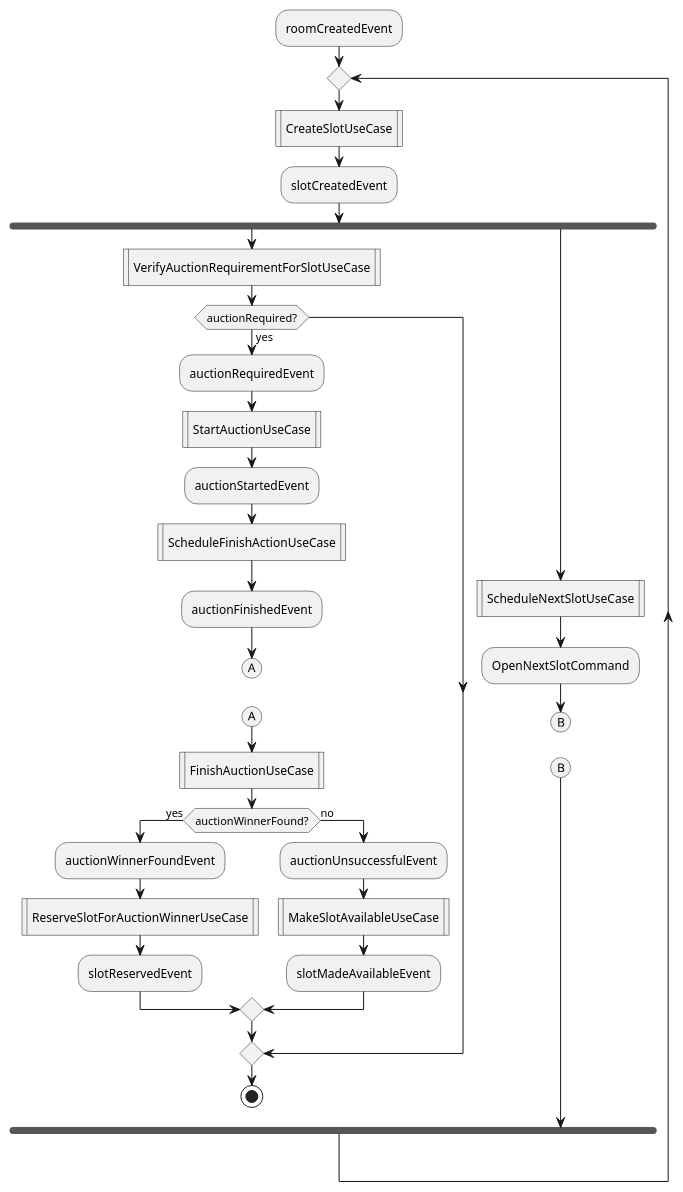
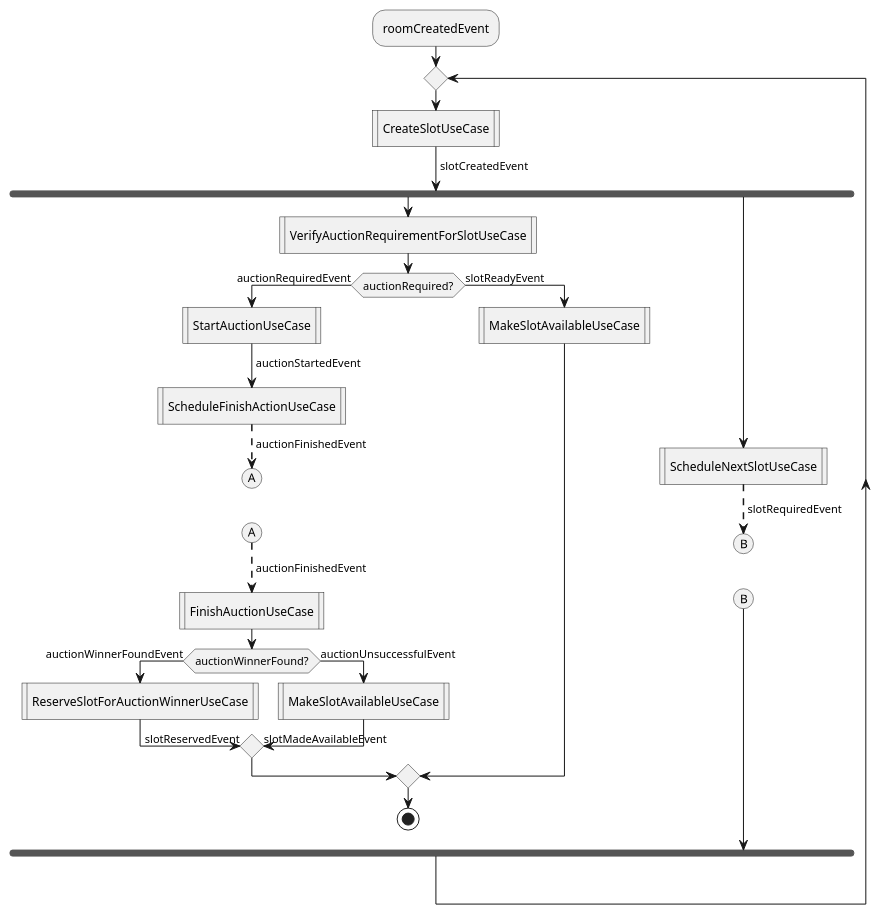
Before and after one commit to juanma-cvega/booking-engine: the diagram in docs/slot_creation_event_flow.puml, drawn with PlantUML. The commit also changed 34 other files, not shown here.

```diff
--- a/docs/slot_creation_event_flow.puml
+++ b/docs/slot_creation_event_flow.puml
@@ -1,35 +1,39 @@
 @startuml
 :roomCreatedEvent;
 repeat
 :CreateSlotUseCase|
-:slotCreatedEvent;
+->slotCreatedEvent;
 fork
   :VerifyAuctionRequirementForSlotUseCase|
   if (auctionRequired?) then (yes)
-    :auctionRequiredEvent;
+    ->auctionRequiredEvent;
     :StartAuctionUseCase|
-    :auctionStartedEvent;
+    ->auctionStartedEvent;
     :ScheduleFinishActionUseCase|
-    :auctionFinishedEvent;
+    -[dashed]->auctionFinishedEvent;
     (A)
     detach
     (A)
+    -[dashed]->auctionFinishedEvent;
     :FinishAuctionUseCase|
     if (auctionWinnerFound?) then (yes)
-      :auctionWinnerFoundEvent;
+      ->auctionWinnerFoundEvent;
       :ReserveSlotForAuctionWinnerUseCase|
-      :slotReservedEvent;
+      ->slotReservedEvent;
     else (no)
-      :auctionUnsuccessfulEvent;
+      ->auctionUnsuccessfulEvent;
       :MakeSlotAvailableUseCase|
-      :slotMadeAvailableEvent;
+      ->slotMadeAvailableEvent;
     endif
+  else (no)
+    ->slotReadyEvent;
+    :MakeSlotAvailableUseCase|
   endif
   stop
 fork again
   :ScheduleNextSlotUseCase|
-  :OpenNextSlotCommand;
+  -[dashed]->slotRequiredEvent;
   (B)
   detach
   (B)
 @enduml
```
